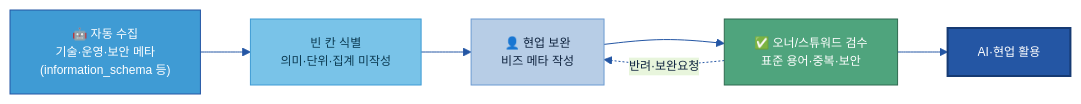
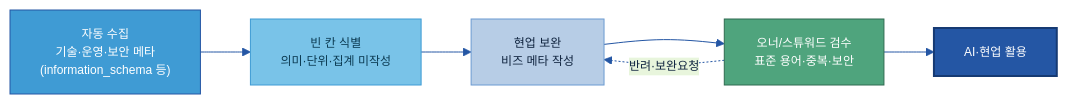
Before and after one commit to jin-kearney/ai-ready-data-manual: the third of 5 diagrams in 가이드 작성/A-2 메타데이터/A-2 메타데이터.md, drawn with Mermaid. The commit also changed other lines of this file and 4 other files, not shown here.

````diff
--- a/가이드 작성/A-2 메타데이터/A-2 메타데이터.md
+++ b/가이드 작성/A-2 메타데이터/A-2 메타데이터.md
@@ -466,16 +466,16 @@
 ```mermaid
 %%{init: {'theme':'base','themeVariables':{'primaryColor':'#DCE8F5','primaryBorderColor':'#2456A4','primaryTextColor':'#10243f','lineColor':'#2456A4','clusterBkg':'#EEF4FB','clusterBorder':'#6B9AD1','fontSize':'12px'}}}%%
 flowchart LR
-    AUTO["🤖 자동 수집<br/>기술·운영·보안 메타<br/>(information_schema 등)"]:::gate
+    AUTO["자동 수집<br/>기술·운영·보안 메타<br/>(information_schema 등)"]:::gate
     GAP["빈 칸 식별<br/>의미·단위·집계 미작성"]:::src
-    FILL["👤 현업 보완<br/>비즈 메타 작성"]:::n
-    REV["✅ 오너/스튜워드 검수<br/>표준 용어·중복·보안"]:::loop
+    FILL["현업 보완<br/>비즈 메타 작성"]:::n
+    REV["오너/스튜워드 검수<br/>표준 용어·중복·보안"]:::loop
     USE["AI·현업 활용"]:::cat
     AUTO --> GAP --> FILL --> REV --> USE
     REV -.반려·보완요청.-> FILL
     classDef n fill:#B7CDE6,stroke:#6B9AD1,color:#10243f;
     classDef src fill:#79C3E8,stroke:#3F9BD4,color:#0b3a52;
     classDef cat fill:#2456A4,color:#fff,stroke:#163a73,stroke-width:2px;
     classDef gate fill:#3F9BD4,stroke:#2456A4,color:#fff;
     classDef loop fill:#4FA47D,stroke:#2f6b50,color:#fff;
 ```
````
